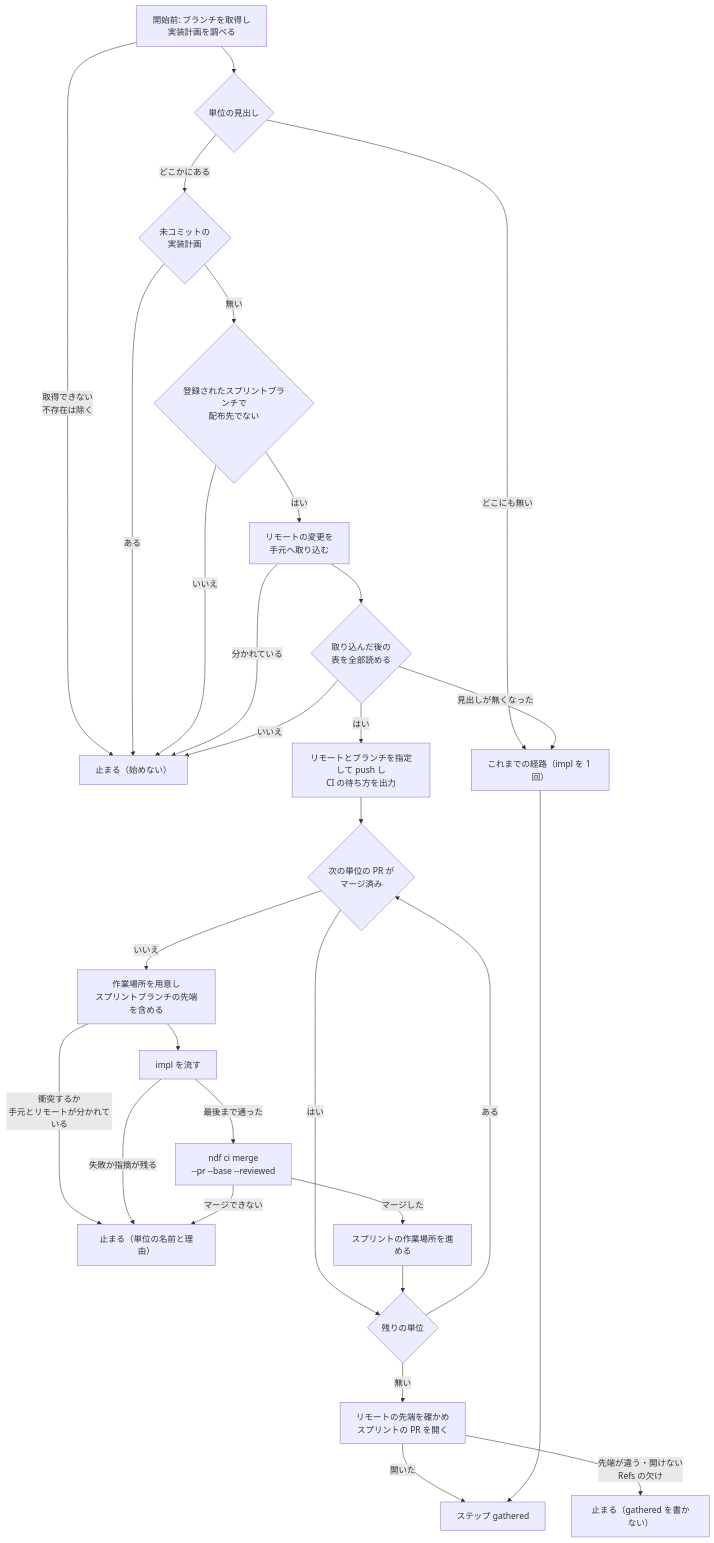
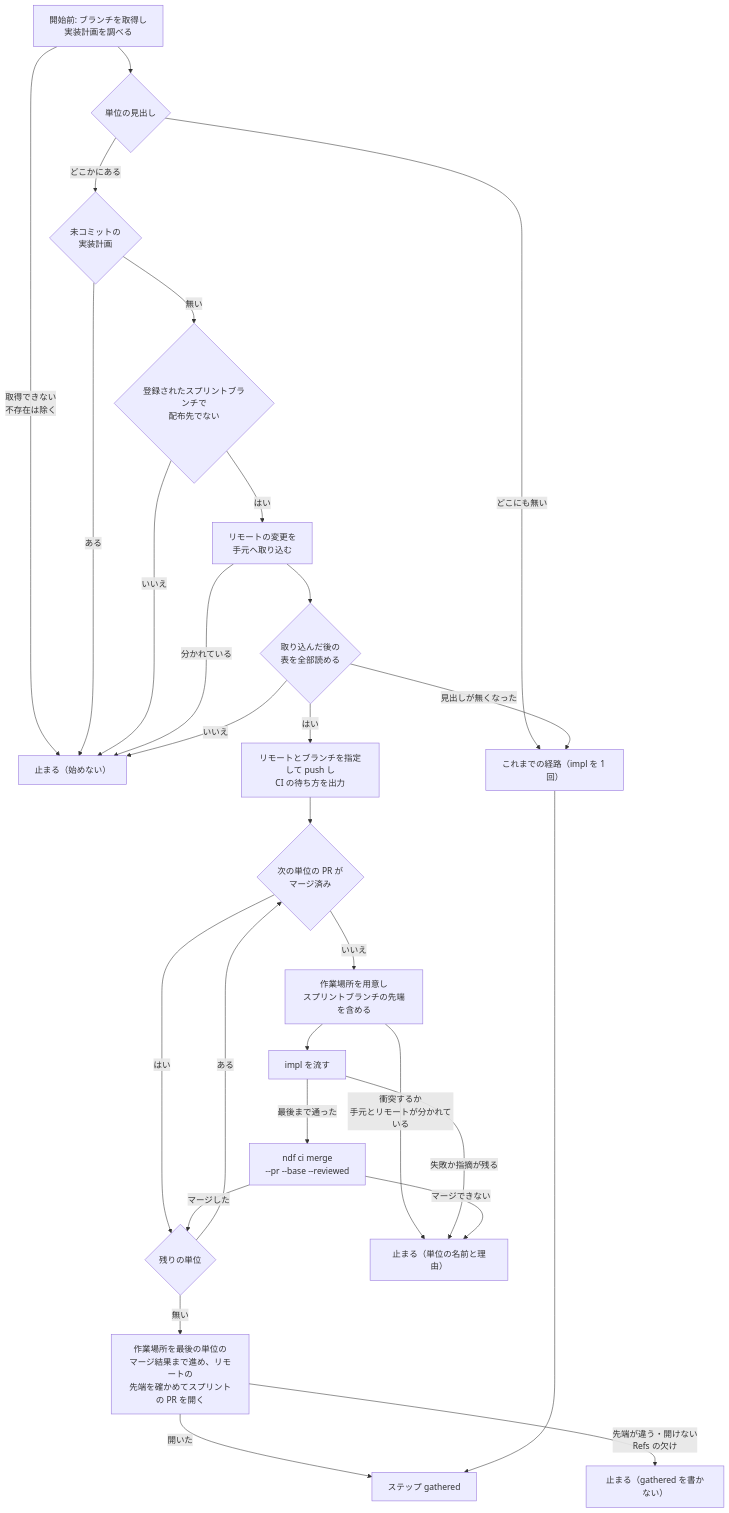
Before and after one commit to devbasex/ai-plugins: the fifth of 5 diagrams in issues/issue-4369-design.md, drawn with Mermaid. The commit also changed other lines of this file and 9 other files, not shown here.

````diff
--- a/issues/issue-4369-design.md
+++ b/issues/issue-4369-design.md
@@ -270,31 +270,30 @@
 ```mermaid
 flowchart TB
   A["開始前: ブランチを取得し<br/>実装計画を調べる"] --> B{"単位の見出し"}
   A -->|取得できない<br/>不存在は除く| E
   B -->|どこにも無い| C["これまでの経路（impl を 1 回）"]
   B -->|どこかにある| Q{"未コミットの<br/>実装計画"}
   Q -->|ある| E
   Q -->|無い| D{"登録されたスプリントブランチで<br/>配布先でない"}
   D -->|いいえ| E["止まる（始めない）"]
   D -->|はい| F["リモートの変更を<br/>手元へ取り込む"]
   F -->|分かれている| E
   F --> R{"取り込んだ後の<br/>表を全部読める"}
   R -->|見出しが無くなった| C
   R -->|いいえ| E
   R -->|はい| S["リモートとブランチを指定して push し<br/>CI の待ち方を出力"]
   S --> H{"次の単位の PR が<br/>マージ済み"}
   H -->|はい| N{"残りの単位"}
   H -->|いいえ| W["作業場所を用意し<br/>スプリントブランチの先端を含める"]
   W -->|衝突するか<br/>手元とリモートが分かれている| X
   W --> P["impl を流す"]
   P -->|失敗か指摘が残る| X["止まる（単位の名前と理由）"]
   P -->|最後まで通った| M["ndf ci merge<br/>--pr --base --reviewed"]
   M -->|マージできない| X
-  M -->|マージした| V["スプリントの作業場所を進める"]
-  V --> N
+  M -->|マージした| N
   N -->|ある| H
-  N -->|無い| Z["リモートの先端を確かめ<br/>スプリントの PR を開く"]
+  N -->|無い| Z["作業場所を最後の単位の<br/>マージ結果まで進め、リモートの<br/>先端を確かめてスプリントの PR を開く"]
   Z -->|先端が違う・開けない<br/>Refs の欠け| Y["止まる（gathered を書かない）"]
   Z -->|開いた| G["ステップ gathered"]
   C --> G
 ```
````
